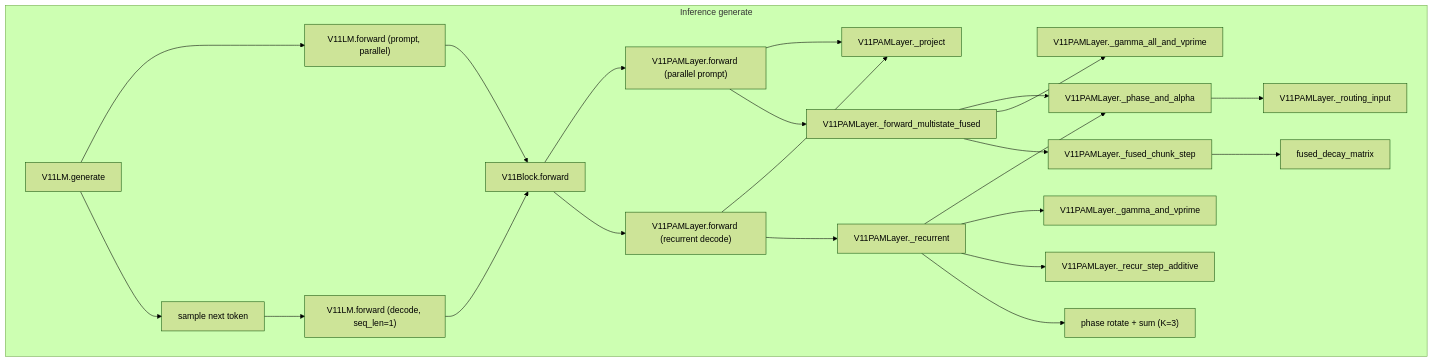
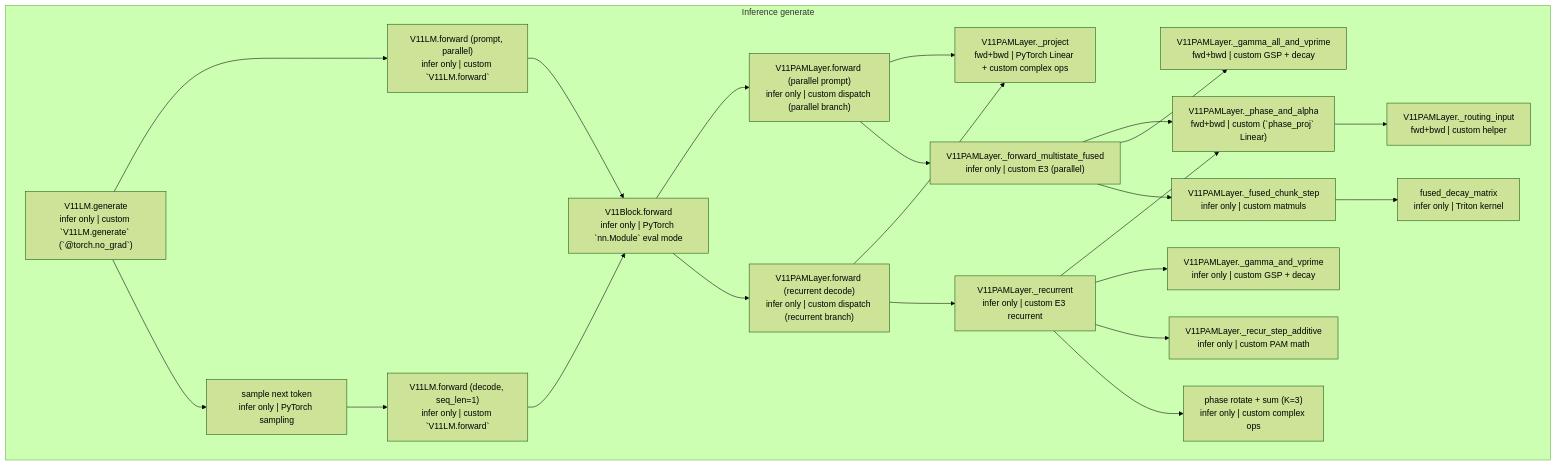
Before and after one commit to gowrav-vishwakarma/qllm2: the third of 3 diagrams in v11/CALLGRAPH_E3K3.md, drawn with Mermaid (forest theme). The commit also changed other lines of this file and 6 other files, not shown here.

````diff
--- a/v11/CALLGRAPH_E3K3.md
+++ b/v11/CALLGRAPH_E3K3.md
@@ -74,43 +146,43 @@
 ```mermaid
 flowchart TD
   subgraph Inference_generate [Inference generate]
-    generate["V11LM.generate"]
-    block_fwd["V11Block.forward"]
-    fused_decay["fused_decay_matrix"]
-    lm_fwd_decode["V11LM.forward (decode, seq_len=1)"]
-    lm_fwd_prompt["V11LM.forward (prompt, parallel)"]
-    pam_chunk["V11PAMLayer._fused_chunk_step"]
-    pam_fused["V11PAMLayer._forward_multistate_fused"]
-    pam_fwd_par["V11PAMLayer.forward (parallel prompt)"]
-    pam_fwd_rec["V11PAMLayer.forward (recurrent decode)"]
-    pam_gamma["V11PAMLayer._gamma_and_vprime"]
-    pam_gamma_all["V11PAMLayer._gamma_all_and_vprime"]
-    pam_phase["V11PAMLayer._phase_and_alpha"]
-    pam_project["V11PAMLayer._project"]
-    pam_recur_step["V11PAMLayer._recur_step_additive"]
-    pam_recurrent["V11PAMLayer._recurrent"]
-    pam_routing["V11PAMLayer._routing_input"]
-    phase_rotate["phase rotate + sum (K=3)"]
-    sample["sample next token"]
+    generate["V11LM.generate<br/>infer only | custom `V11LM.generate` (`@torch.no_grad`)"]
+    block_fwd["V11Block.forward<br/>infer only | PyTorch `nn.Module` eval mode"]
+    fused_decay["fused_decay_matrix<br/>infer only | Triton kernel"]
+    lm_fwd_decode["V11LM.forward (decode, seq_len=1)<br/>infer only | custom `V11LM.forward`"]
+    lm_fwd_prompt["V11LM.forward (prompt, parallel)<br/>infer only | custom `V11LM.forward`"]
+    pam_chunk["V11PAMLayer._fused_chunk_step<br/>infer only | custom matmuls"]
+    pam_fused["V11PAMLayer._forward_multistate_fused<br/>infer only | custom E3 (parallel)"]
+    pam_fwd_par["V11PAMLayer.forward (parallel prompt)<br/>infer only | custom dispatch (parallel branch)"]
+    pam_fwd_rec["V11PAMLayer.forward (recurrent decode)<br/>infer only | custom dispatch (recurrent branch)"]
+    pam_gamma["V11PAMLayer._gamma_and_vprime<br/>infer only | custom GSP + decay"]
+    pam_gamma_all["V11PAMLayer._gamma_all_and_vprime<br/>fwd+bwd | custom GSP + decay"]
+    pam_phase["V11PAMLayer._phase_and_alpha<br/>fwd+bwd | custom (`phase_proj` Linear)"]
+    pam_project["V11PAMLayer._project<br/>fwd+bwd | PyTorch Linear + custom complex ops"]
+    pam_recur_step["V11PAMLayer._recur_step_additive<br/>infer only | custom PAM math"]
+    pam_recurrent["V11PAMLayer._recurrent<br/>infer only | custom E3 recurrent"]
+    pam_routing["V11PAMLayer._routing_input<br/>fwd+bwd | custom helper"]
+    phase_rotate["phase rotate + sum (K=3)<br/>infer only | custom complex ops"]
+    sample["sample next token<br/>infer only | PyTorch sampling"]
     generate --> lm_fwd_prompt
     lm_fwd_prompt --> block_fwd
     block_fwd --> pam_fwd_par
     pam_fwd_par --> pam_project
     pam_fwd_par --> pam_fused
     generate --> sample
     sample --> lm_fwd_decode
     lm_fwd_decode --> block_fwd
     block_fwd --> pam_fwd_rec
     pam_fwd_rec --> pam_project
     pam_fwd_rec --> pam_recurrent
     pam_recurrent --> pam_phase
     pam_recurrent --> pam_gamma
     pam_recurrent --> pam_recur_step
     pam_recurrent --> phase_rotate
     pam_fused --> pam_phase
     pam_fused --> pam_gamma_all
     pam_fused --> pam_chunk
     pam_chunk --> fused_decay
     pam_phase --> pam_routing
   end
 ```
````
